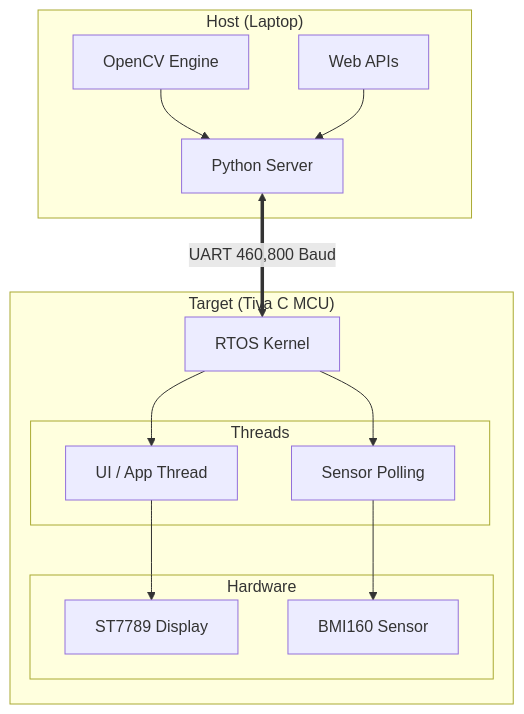
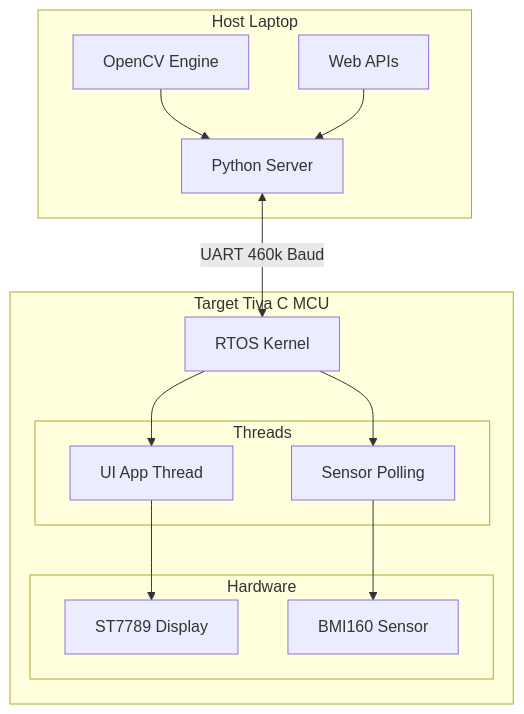
The first of 2 diagrams in README.md (Davis-Lester/Real-Time-Phone), drawn with Mermaid before and after one commit. The commit also changed other lines of this file and 1 other file, not shown here.

````diff
--- a/README.md
+++ b/README.md
@@ -49,33 +49,35 @@
 ```mermaid
 flowchart TD
-  subgraph "Host (Laptop)"
+  subgraph Host [Host Laptop]
     Py[Python Server]
     CV[OpenCV Engine]
     Web[Web APIs]
   end
 
-  subgraph "Target (Tiva C MCU)"
+  subgraph Target [Target Tiva C MCU]
     Kernel[RTOS Kernel]
     
-    subgraph "Threads"
-      UI[UI / App Thread]
+    subgraph S_Threads [Threads]
+      UI[UI App Thread]
       Sensor[Sensor Polling]
     end
     
-    subgraph "Hardware"
+    subgraph S_Hardware [Hardware]
       LCD[ST7789 Display]
       IMU[BMI160 Sensor]
     end
   end
 
-  %% Connections
-  Py <==>|UART 460,800 Baud| Kernel
+  %% Host Internal Connections
+  CV --> Py
+  Web --> Py
+
+  %% Cross-System Connection
+  Py <-->|UART 460k Baud| Kernel
+
+  %% MCU Internal Connections
   Kernel --> UI
   Kernel --> Sensor
   UI --> LCD
   Sensor --> IMU
-  
-  %% Host Internal
-  CV --> Py
-  Web --> Py
 ```
````
